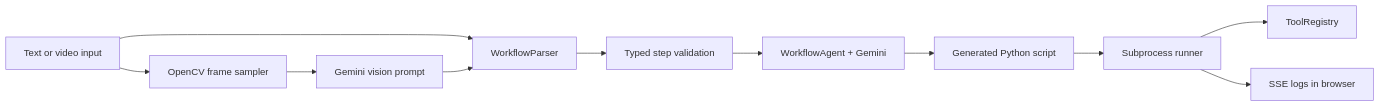
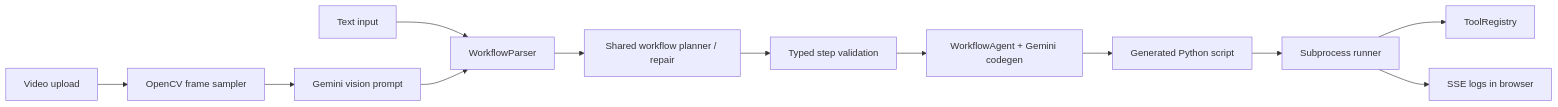
One commit to KMeltzer24/workflowMVP changed the diagram in README.md. Above: the diagram before and after it, drawn with Mermaid. The commit also changed other lines of this file and 14 other files, not shown here.

Commit message:
Add shared workflow planning repair path

````diff
--- a/README.md
+++ b/README.md
@@ -31,13 +31,14 @@
 ```mermaid
 flowchart LR
-    input["Text or video input"] --> parser["WorkflowParser"]
-    input --> video["OpenCV frame sampler"]
+    text["Text input"] --> parser["WorkflowParser"]
+    video_input["Video upload"] --> video["OpenCV frame sampler"]
     video --> vision["Gemini vision prompt"]
     vision --> parser
-    parser --> validation["Typed step validation"]
-    validation --> agent["WorkflowAgent + Gemini"]
+    parser --> planner["Shared workflow planner / repair"]
+    planner --> validation["Typed step validation"]
+    validation --> agent["WorkflowAgent + Gemini codegen"]
     agent --> script["Generated Python script"]
     script --> runner["Subprocess runner"]
     runner --> tools["ToolRegistry"]
     runner --> logs["SSE logs in browser"]
 ```
````
